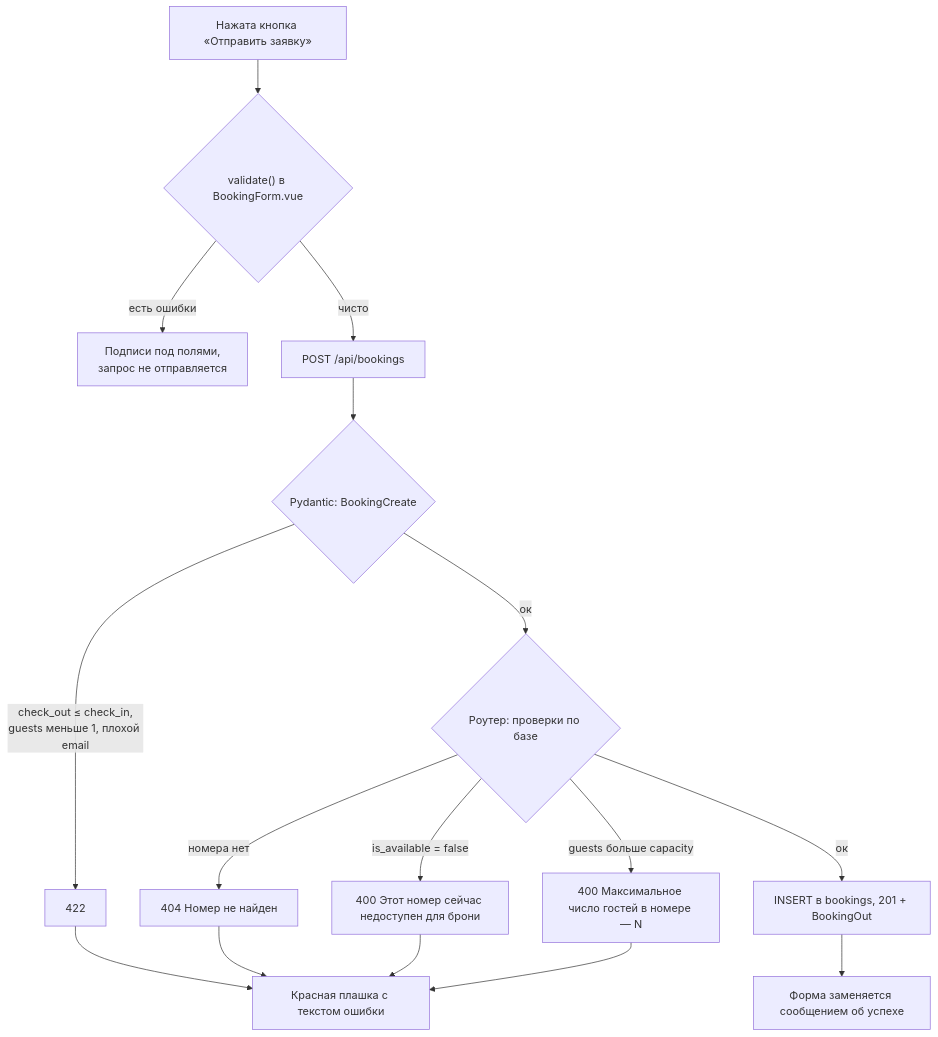
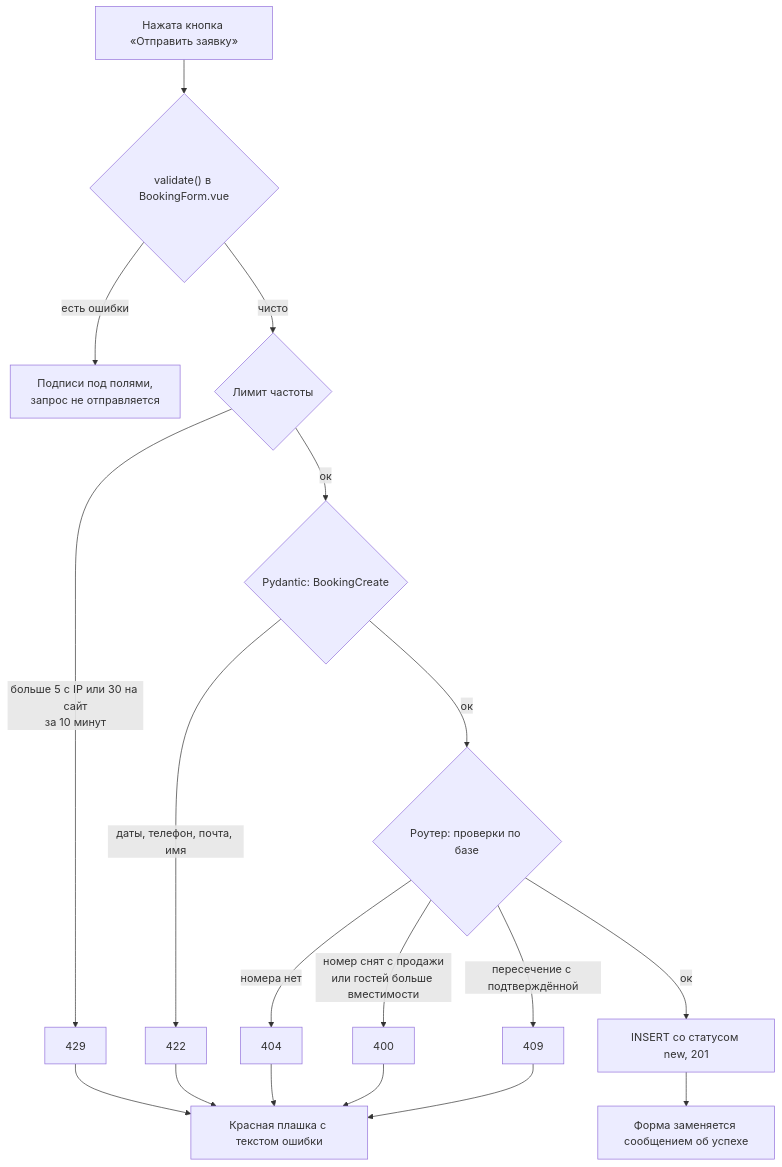
One commit to kirillrub108/web-hotel changed the second of 3 diagrams in docs/03-runtime-flows.md. Above: the diagram before and after it, drawn with Mermaid. The commit also changed other lines of this file and 42 other files, not shown here.

````diff
--- a/docs/03-runtime-flows.md
+++ b/docs/03-runtime-flows.md
@@ -51,18 +42,20 @@
 ```mermaid
 flowchart TD
   S["Нажата кнопка «Отправить заявку»"] --> V{"validate() в BookingForm.vue"}
   V -- "есть ошибки" --> E1["Подписи под полями,<br/>запрос не отправляется"]
-  V -- "чисто" --> P["POST /api/bookings"]
-  P --> PD{"Pydantic: BookingCreate"}
-  PD -- "check_out ≤ check_in,<br/>guests меньше 1, плохой email" --> E2["422"]
+  V -- "чисто" --> L{"Лимит частоты"}
+  L -- "больше 5 с IP или 30 на сайт<br/>за 10 минут" --> E0["429"]
+  L -- "ок" --> PD{"Pydantic: BookingCreate"}
+  PD -- "даты, телефон, почта, имя" --> E2["422"]
   PD -- "ок" --> R{"Роутер: проверки по базе"}
-  R -- "номера нет" --> E3["404 Номер не найден"]
-  R -- "is_available = false" --> E4["400 Этот номер сейчас недоступен для брони"]
-  R -- "guests больше capacity" --> E5["400 Максимальное число гостей в номере — N"]
-  R -- "ок" --> OK["INSERT в bookings, 201 + BookingOut"]
+  R -- "номера нет" --> E3["404"]
+  R -- "номер снят с продажи<br/>или гостей больше вместимости" --> E4["400"]
+  R -- "пересечение с подтверждённой" --> E5["409"]
+  R -- "ок" --> OK["INSERT со статусом new, 201"]
   OK --> M["Форма заменяется сообщением об успехе"]
-  E2 --> M2["Красная плашка с текстом ошибки"]
+  E0 --> M2["Красная плашка с текстом ошибки"]
+  E2 --> M2
   E3 --> M2
   E4 --> M2
   E5 --> M2
 ```
````
